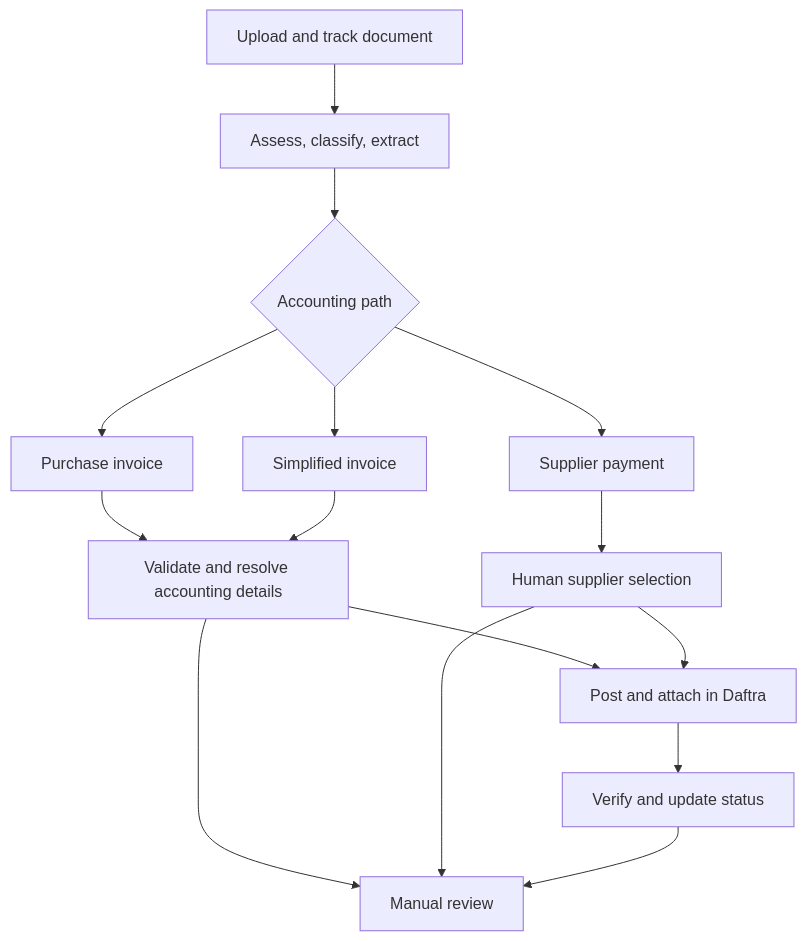
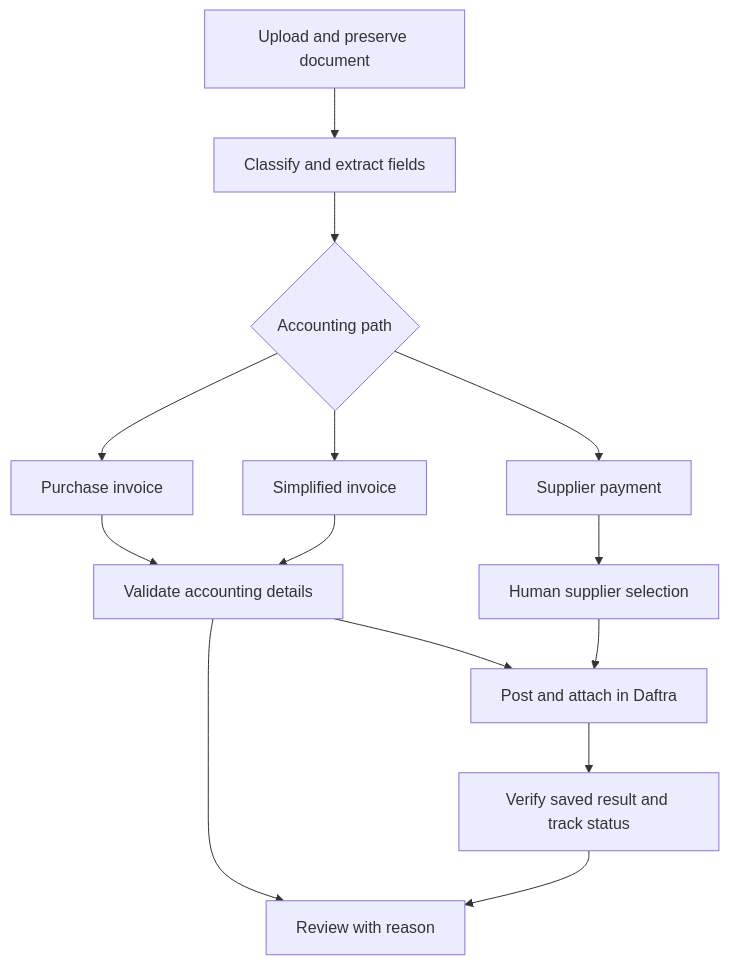
One commit to mostafaelramady05/AI-Assisted-Purchase-Invoice-Automation changed the diagram in README.md. Above: the diagram before and after it, drawn with Mermaid. The commit also changed other lines of this file, not shown here.

````diff
--- a/README.md
+++ b/README.md
@@ -27,17 +25,16 @@
 ```mermaid
 flowchart TD
-  A[Upload and track document] --> B[Assess, classify, extract]
+  A[Upload and preserve document] --> B[Classify and extract fields]
   B --> C{Accounting path}
   C --> D[Purchase invoice]
   C --> E[Simplified invoice]
   C --> F[Supplier payment]
-  D --> G[Validate and resolve accounting details]
+  D --> G[Validate accounting details]
   E --> G
   F --> H[Human supplier selection]
   G --> I[Post and attach in Daftra]
   H --> I
-  I --> J[Verify and update status]
-  G --> K[Manual review]
-  H --> K
+  I --> J[Verify saved result and track status]
+  G --> K[Review with reason]
   J --> K
 ```
````
